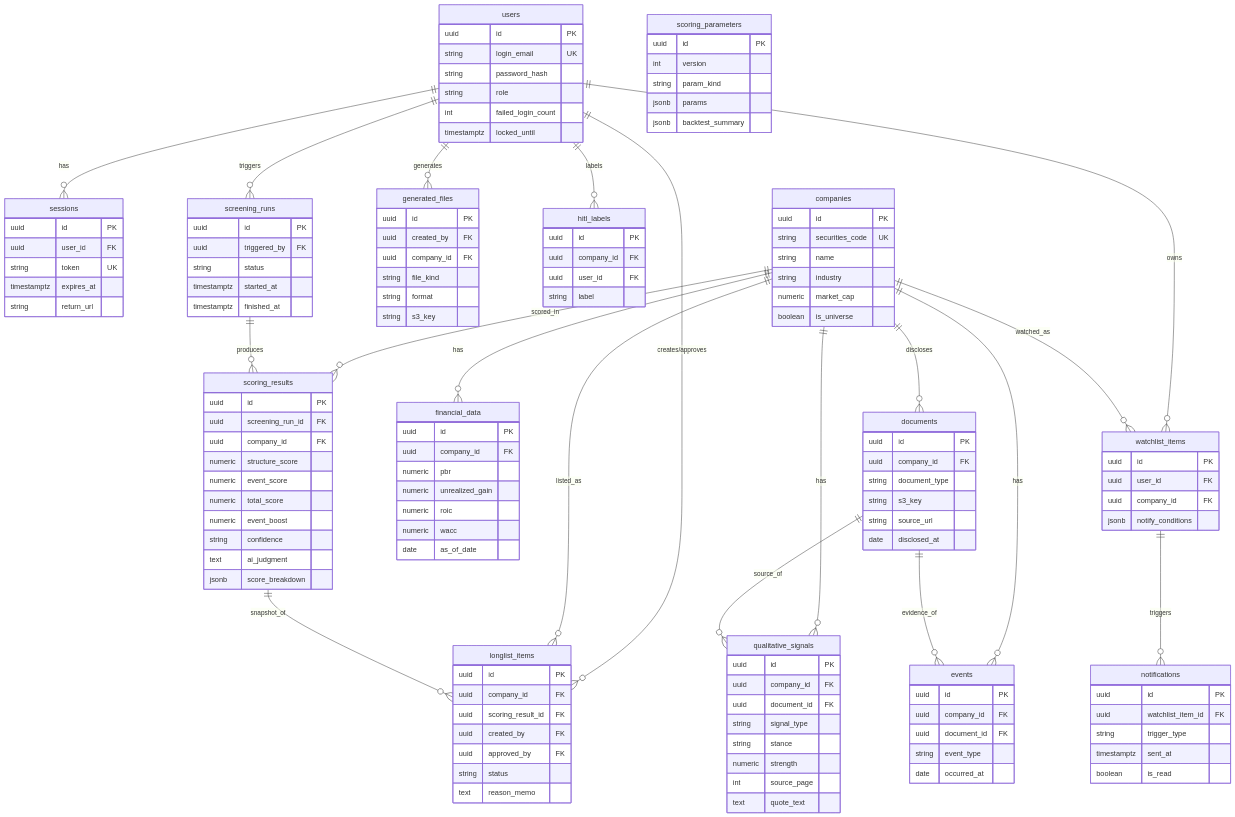
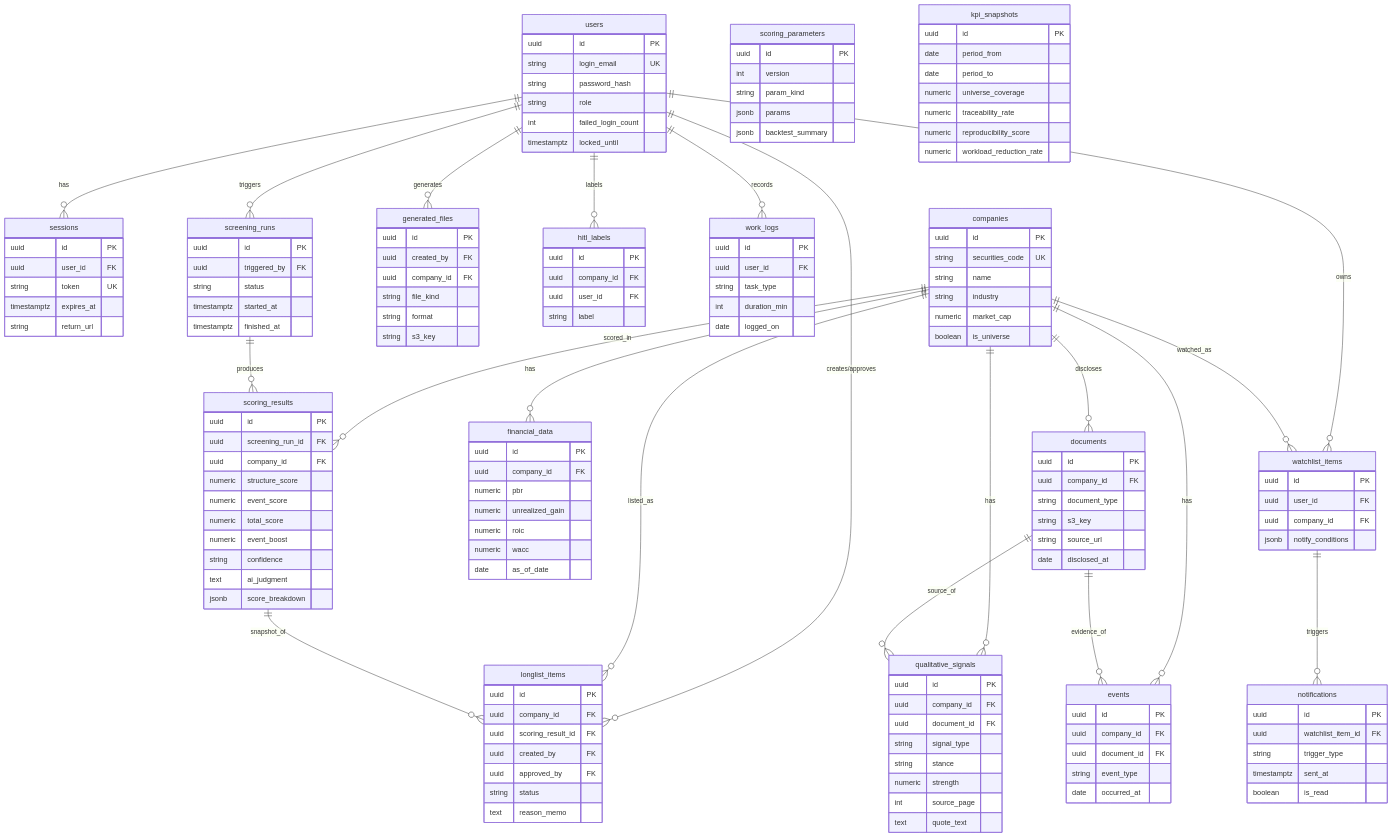
One commit to asasinahsar/property-sale-screening changed the diagram in docs/requirements/database/database-design.md. Above: the diagram before and after it, drawn with Mermaid. The commit also changed other lines of this file and 12 other files, not shown here.

````diff
--- a/docs/requirements/database/database-design.md
+++ b/docs/requirements/database/database-design.md
@@ -47,6 +49,7 @@
     users ||--o{ generated_files : "generates"
     users ||--o{ hitl_labels : "labels"
     users ||--o{ watchlist_items : "owns"
+    users ||--o{ work_logs : "records"
 
     companies ||--o{ financial_data : "has"
     companies ||--o{ documents : "discloses"
@@ -183,4 +186,20 @@
         timestamptz sent_at
         boolean is_read
     }
+    work_logs {
+        uuid id PK
+        uuid user_id FK
+        string task_type
+        int duration_min
+        date logged_on
+    }
+    kpi_snapshots {
+        uuid id PK
+        date period_from
+        date period_to
+        numeric universe_coverage
+        numeric traceability_rate
+        numeric reproducibility_score
+        numeric workload_reduction_rate
+    }
 ```
````
